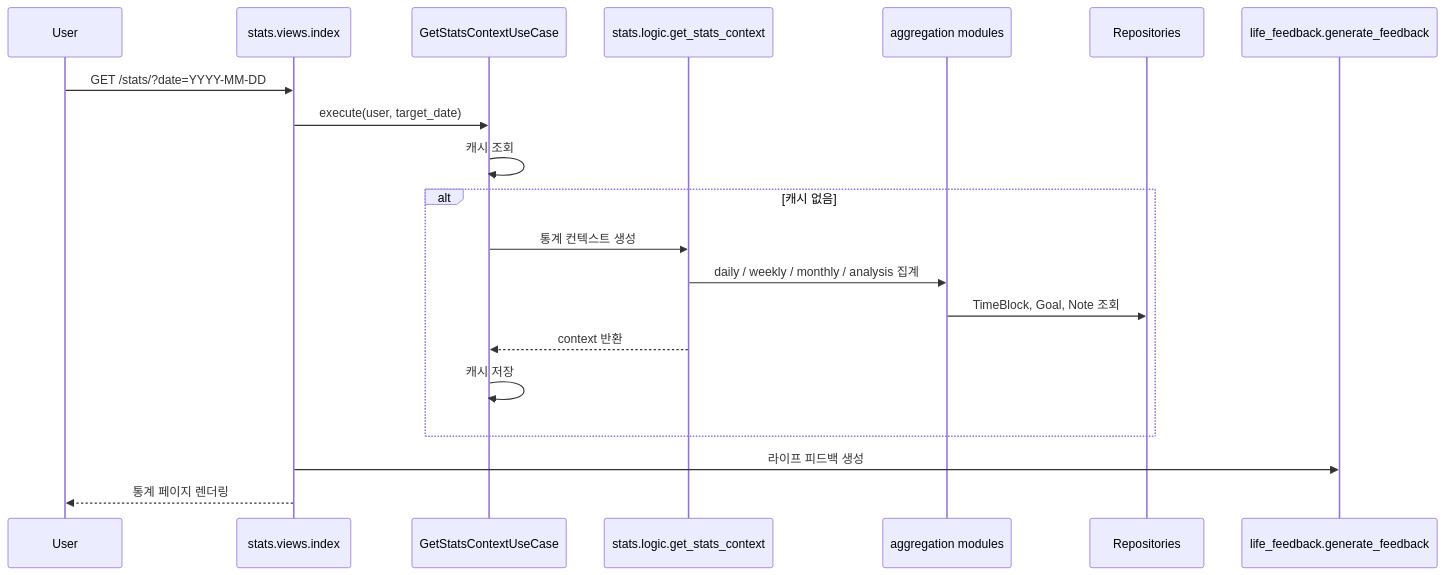
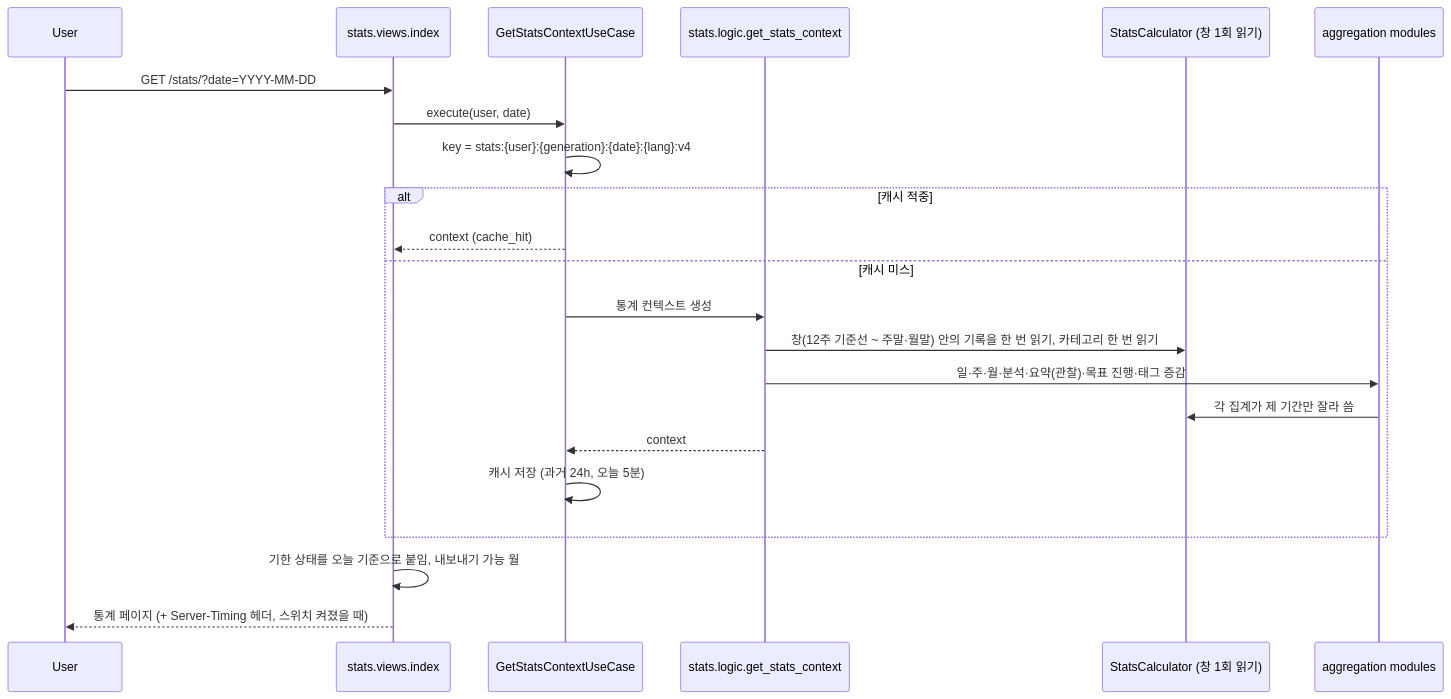
Before and after one commit to youngroknroll/life_diary: the third of 3 diagrams in lifeDiary/docs/architecture/2026-04-21_business-logic-and-architecture-guide.md, drawn with Mermaid. The commit also changed other lines of this file and 1 other file, not shown here.

First line of the commit message:
docs(architecture): 비즈니스 로직·아키텍처 가이드를 2026-10-08 코드 기준으로 갱신한다

````diff
--- a/lifeDiary/docs/architecture/2026-04-21_business-logic-and-architecture-guide.md
+++ b/lifeDiary/docs/architecture/2026-04-21_business-logic-and-architecture-guide.md
@@ -270,23 +356,25 @@
 ```mermaid
 sequenceDiagram
     participant U as User
     participant V as stats.views.index
     participant UC as GetStatsContextUseCase
     participant L as stats.logic.get_stats_context
+    participant Calc as StatsCalculator (창 1회 읽기)
     participant A as aggregation modules
-    participant R as Repositories
-    participant F as life_feedback.generate_feedback
 
     U->>V: GET /stats/?date=YYYY-MM-DD
-    V->>UC: execute(user, target_date)
-    UC->>UC: 캐시 조회
-    alt 캐시 없음
+    V->>UC: execute(user, date)
+    UC->>UC: key = stats:{user}:{generation}:{date}:{lang}:v4
+    alt 캐시 적중
+        UC-->>V: context (cache_hit)
+    else 캐시 미스
         UC->>L: 통계 컨텍스트 생성
-        L->>A: daily / weekly / monthly / analysis 집계
-        A->>R: TimeBlock, Goal, Note 조회
-        L-->>UC: context 반환
-        UC->>UC: 캐시 저장
+        L->>Calc: 창(12주 기준선 ~ 주말·월말) 안의 기록을 한 번 읽기, 카테고리 한 번 읽기
+        L->>A: 일·주·월·분석·요약(관찰)·목표 진행·태그 증감
+        A->>Calc: 각 집계가 제 기간만 잘라 씀
+        L-->>UC: context
+        UC->>UC: 캐시 저장 (과거 24h, 오늘 5분)
     end
-    V->>F: 라이프 피드백 생성
-    V-->>U: 통계 페이지 렌더링
+    V->>V: 기한 상태를 오늘 기준으로 붙임, 내보내기 가능 월
+    V-->>U: 통계 페이지 (+ Server-Timing 헤더, 스위치 켜졌을 때)
 ```
````
